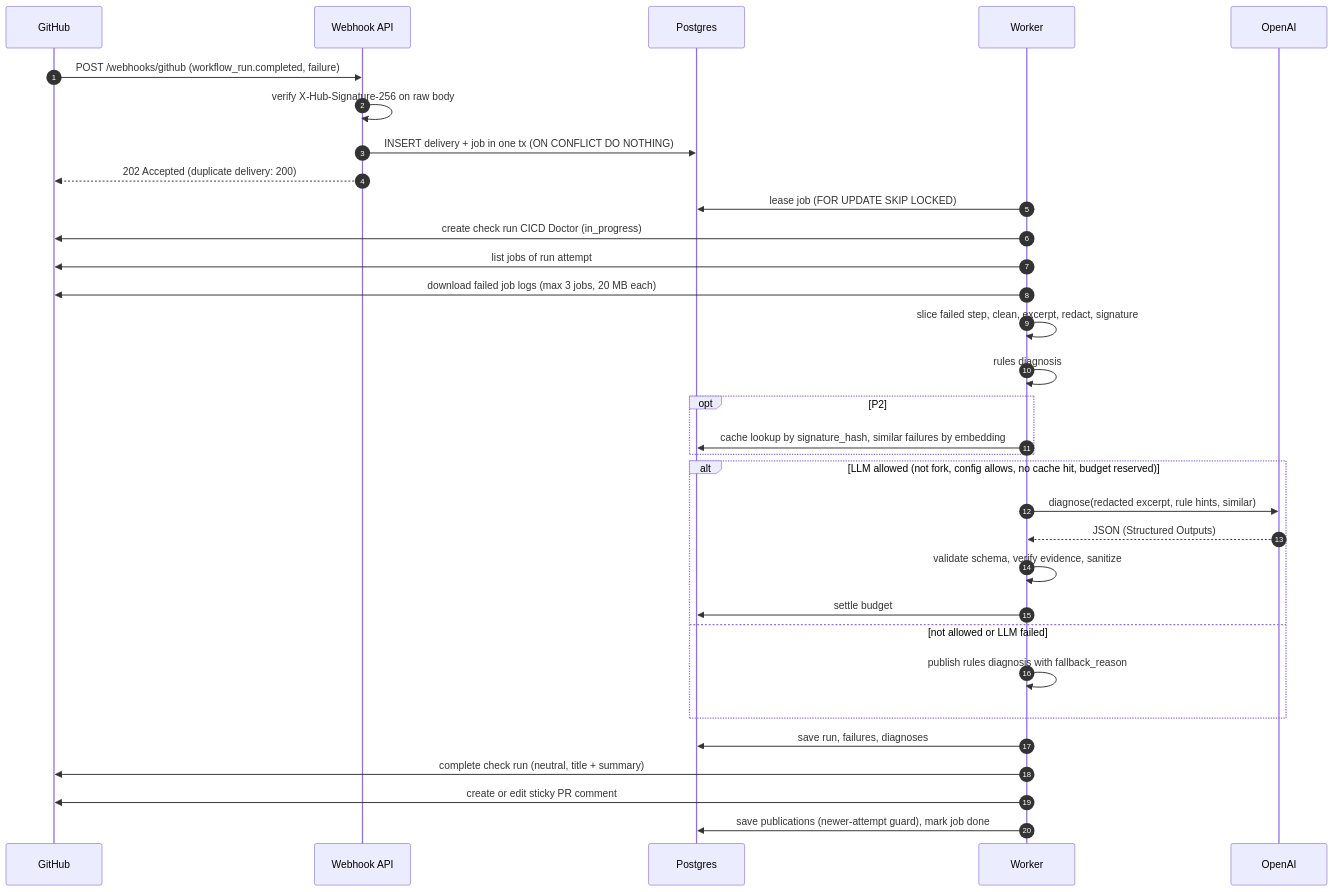
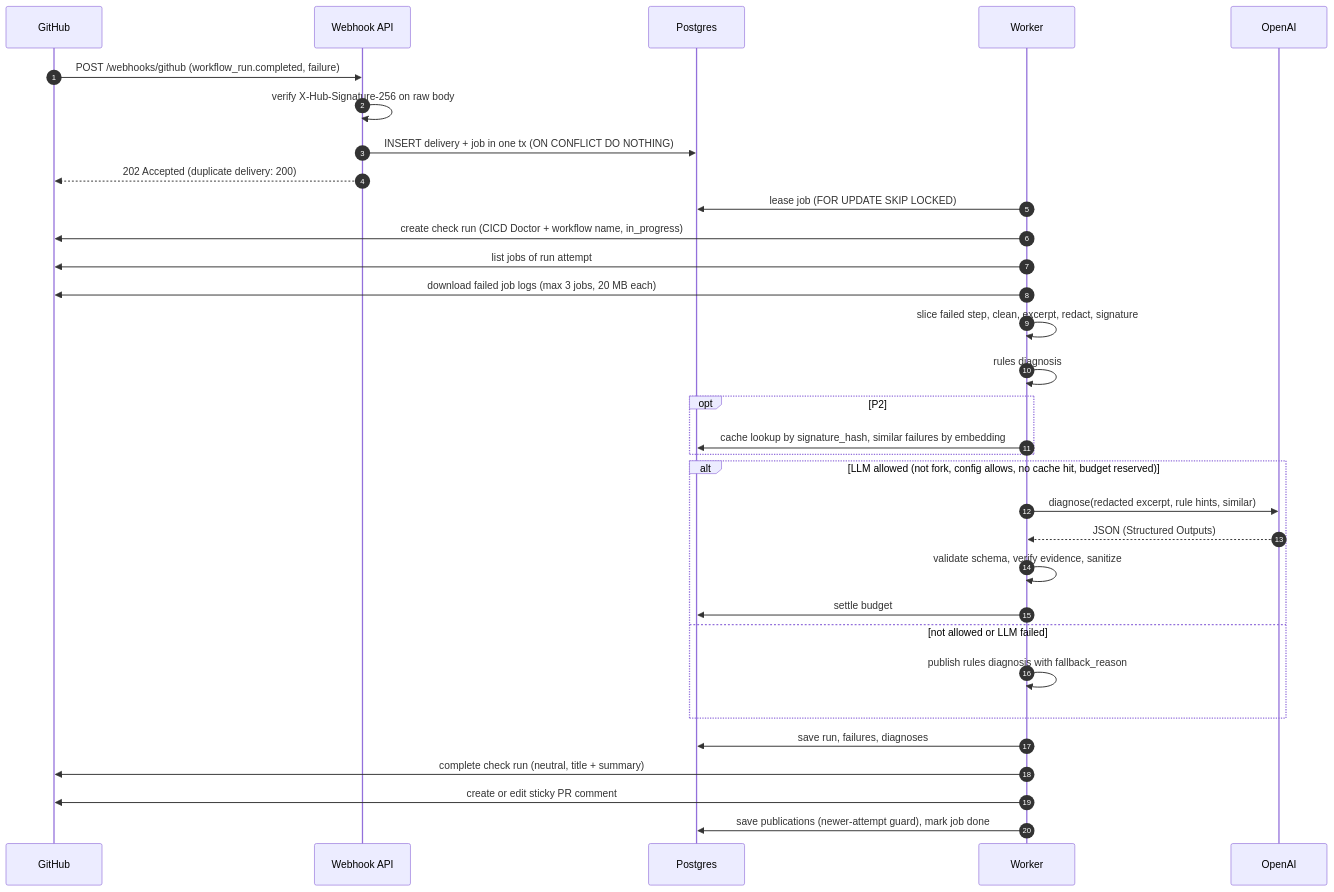
Before and after one commit to dalmirosf/cicd-doctor: the second of 3 diagrams in SPEC.md, drawn with Mermaid. The commit also changed other lines of this file and 15 other files, not shown here.

First line of the commit message:
P1c (c): GitHub reporter, pull request lookup and check run name (#11)

````diff
--- a/SPEC.md
+++ b/SPEC.md
@@ -676,35 +679,35 @@
 ```mermaid
 sequenceDiagram
     autonumber
     participant GH as GitHub
     participant API as Webhook API
     participant DB as Postgres
     participant W as Worker
     participant LLM as OpenAI
 
     GH->>API: POST /webhooks/github (workflow_run.completed, failure)
     API->>API: verify X-Hub-Signature-256 on raw body
     API->>DB: INSERT delivery + job in one tx (ON CONFLICT DO NOTHING)
     API-->>GH: 202 Accepted (duplicate delivery: 200)
     W->>DB: lease job (FOR UPDATE SKIP LOCKED)
-    W->>GH: create check run CICD Doctor (in_progress)
+    W->>GH: create check run (CICD Doctor + workflow name, in_progress)
     W->>GH: list jobs of run attempt
     W->>GH: download failed job logs (max 3 jobs, 20 MB each)
     W->>W: slice failed step, clean, excerpt, redact, signature
     W->>W: rules diagnosis
     opt P2
         W->>DB: cache lookup by signature_hash, similar failures by embedding
     end
     alt LLM allowed (not fork, config allows, no cache hit, budget reserved)
         W->>LLM: diagnose(redacted excerpt, rule hints, similar)
         LLM-->>W: JSON (Structured Outputs)
         W->>W: validate schema, verify evidence, sanitize
         W->>DB: settle budget
     else not allowed or LLM failed
         W->>W: publish rules diagnosis with fallback_reason
     end
     W->>DB: save run, failures, diagnoses
     W->>GH: complete check run (neutral, title + summary)
     W->>GH: create or edit sticky PR comment
     W->>DB: save publications (newer-attempt guard), mark job done
 ```
````
